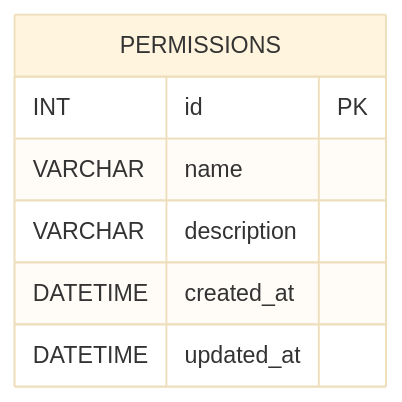
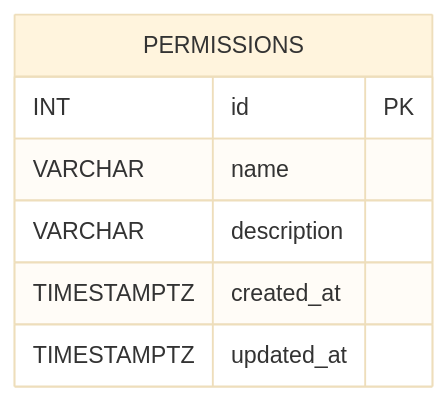
Before and after one commit to blackcatdatabase/table-permissions: the diagram in README.md, drawn with Mermaid (base theme). The commit also changed other lines of this file and 26 other files, not shown here.

First line of the commit message:
Regen schema (#1)

````diff
--- a/README.md
+++ b/README.md
@@ -48,10 +48,10 @@
 ```mermaid
 erDiagram
   PERMISSIONS {
     INT id PK
     VARCHAR name
     VARCHAR description
-    DATETIME created_at
-    DATETIME updated_at
+    TIMESTAMPTZ created_at
+    TIMESTAMPTZ updated_at
   }
 ```
````
